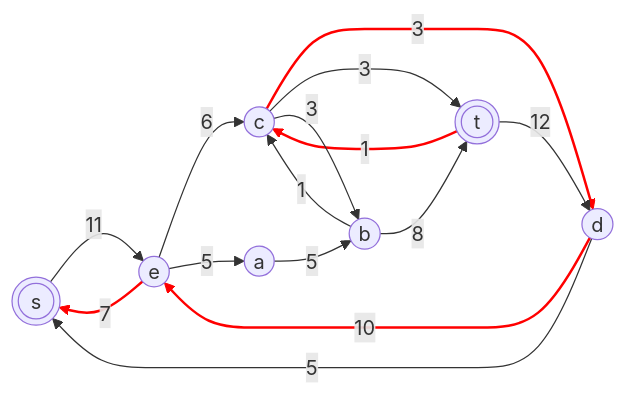
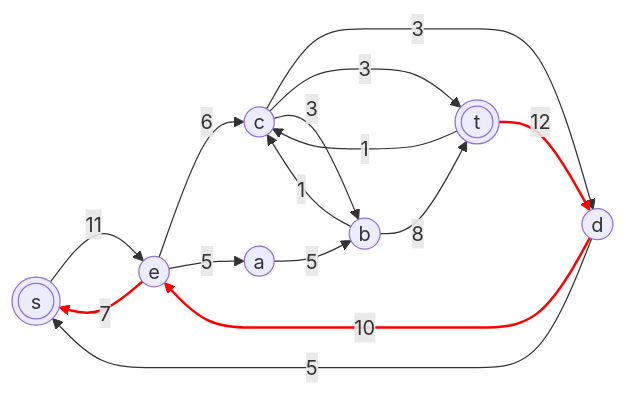
Before and after one commit to hse-algo-psapr-25/manual-tasks: the fifth of 14 diagrams in Задание 17/Rehash.md, drawn with Mermaid. The commit also changed other lines of this file, not shown here.

````diff
--- a/Задание 17/Rehash.md
+++ b/Задание 17/Rehash.md
@@ -126,26 +128,27 @@
 ```mermaid
 graph LR
     s(((s)))
     a((a))
     b((b))
     c((c))
     d((d))
     e((e))
     t(((t)))
 
+    e -->|7| s
+    d -->|10| e
     t -->|1| c
     c -->|3| d
-    d -->|10| e
-    e -->|7| s
     e -->|6| c
     c -->|3| t
     s -->|11| e
     d -->|5| s
     e -->|5| a
     a -->|5| b
     b -->|1| c
     c -->|3| b
     b -->|8| t
     t -->|12| d
-    linkStyle 0,1,2,3 stroke:red,stroke-width:2px
+
+    linkStyle 0,1,13 stroke:red,stroke-width:2px
 ```
````
